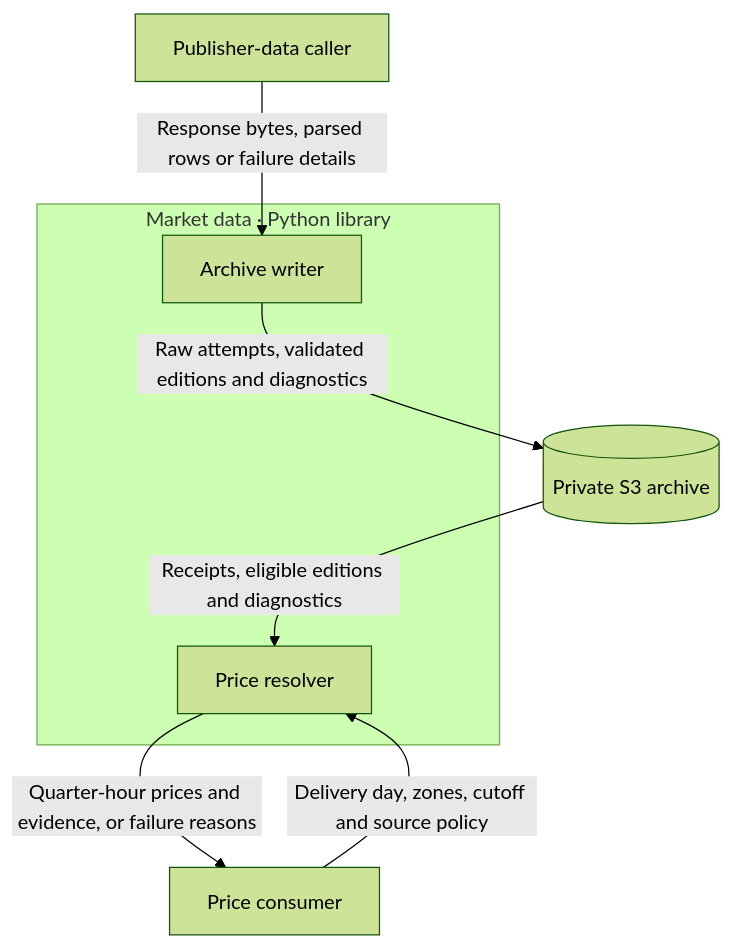
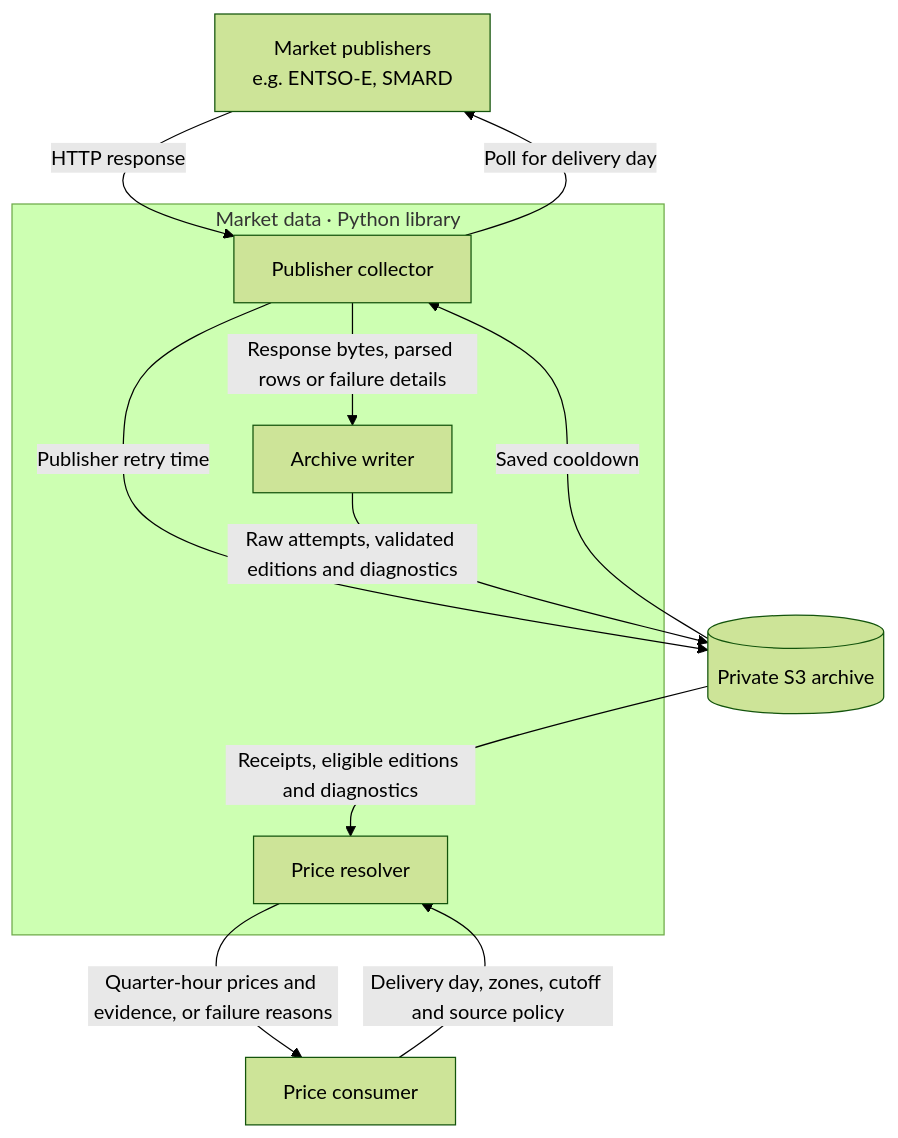
The diagram in coppersushi/pipelines/market_data/README.md (zoltanmaric/coppersushi), drawn with Mermaid (forest theme) before and after one commit. The commit also changed other lines of this file and 17 other files, not shown here.

````diff
--- a/coppersushi/pipelines/market_data/README.md
+++ b/coppersushi/pipelines/market_data/README.md
@@ -9,15 +9,20 @@
 ```mermaid
 flowchart TB
-    Caller["Publisher-data caller"]
+    Publishers["Market publishers<br/>e.g. ENTSO-E, SMARD"]
     Consumer["Price consumer"]
     subgraph Market["Market data · Python library"]
+        Caller["Publisher collector"]
         Writer["Archive writer"]
         Resolver["Price resolver"]
     end
     Archive[("Private S3 archive")]
+    Caller -->|Poll for delivery day| Publishers
+    Publishers -->|HTTP response| Caller
+    Caller -->|Publisher retry time| Archive
+    Archive -->|Saved cooldown| Caller
     Caller -->|Response bytes, parsed rows or failure details| Writer
     Writer -->|Raw attempts, validated editions and diagnostics| Archive
     Consumer -->|Delivery day, zones, cutoff and source policy| Resolver
     Archive -->|Receipts, eligible editions and diagnostics| Resolver
     Resolver -->|Quarter-hour prices and evidence, or failure reasons| Consumer
 ```
````
